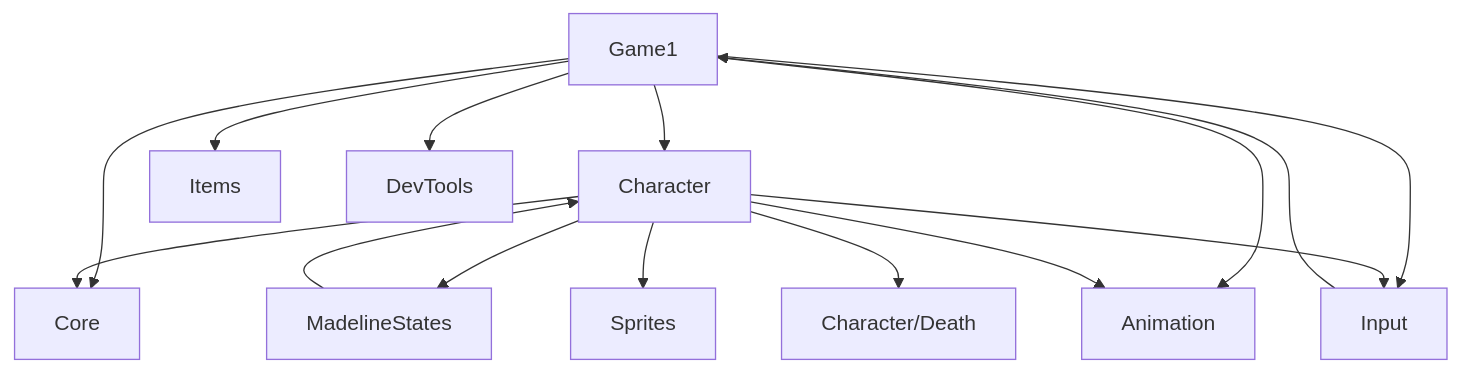
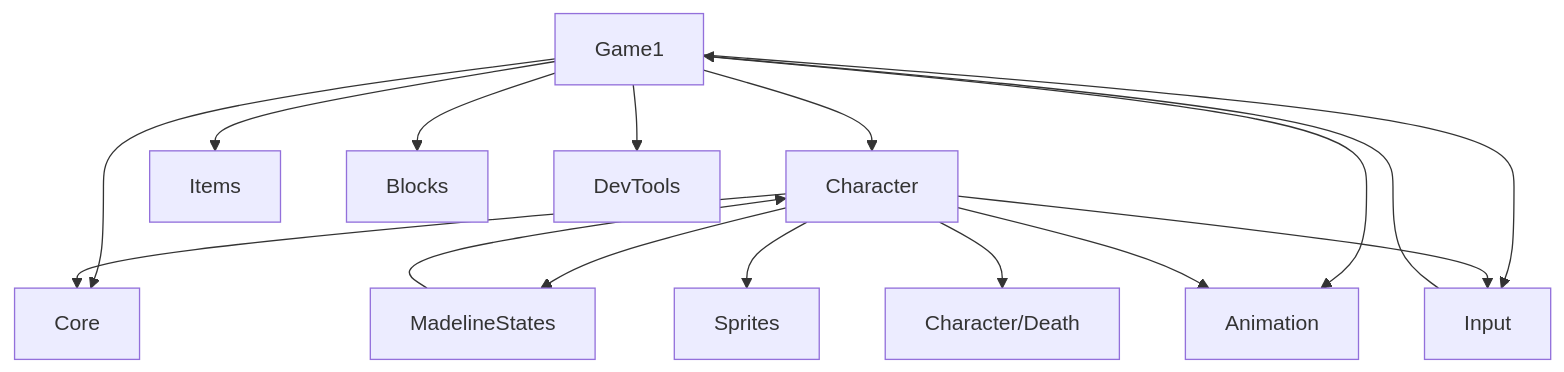
One commit to Luu5uu/new3902 changed the diagram in README.md. Above: the diagram before and after it, drawn with Mermaid. The commit also changed other lines of this file, not shown here.

````diff
--- a/README.md
+++ b/README.md
@@ -71,31 +181,33 @@
 ```mermaid
 flowchart TB
   Game1[Game1]
   Core[Core]
   Character[Character]
   Input[Input]
   MadelineStates[MadelineStates]
   Animation[Animation]
   Sprites[Sprites]
   Death[Character/Death]
   Items[Items]
+  Blocks[Blocks]
   DevTools[DevTools]
 
   Game1 --> Core
   Game1 --> Character
   Game1 --> Input
   Game1 --> Animation
   Game1 --> Items
+  Game1 --> Blocks
   Game1 --> DevTools
 
   Character --> Core
   Character --> Input
   Character --> MadelineStates
   Character --> Animation
   Character --> Sprites
   Character --> Death
 
   MadelineStates --> Character
 
   Input --> Game1
 ```
````
